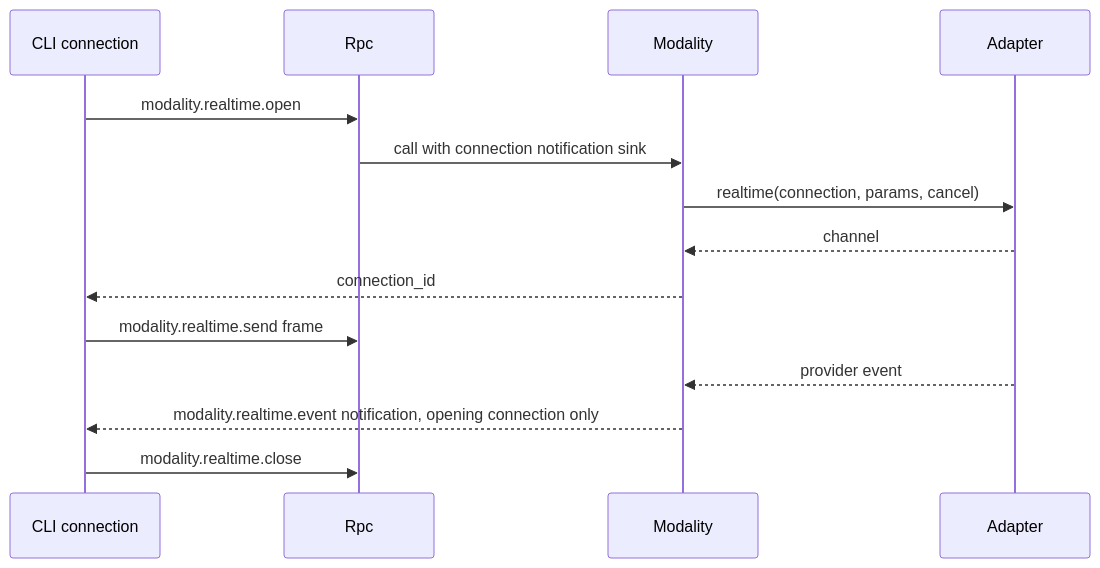
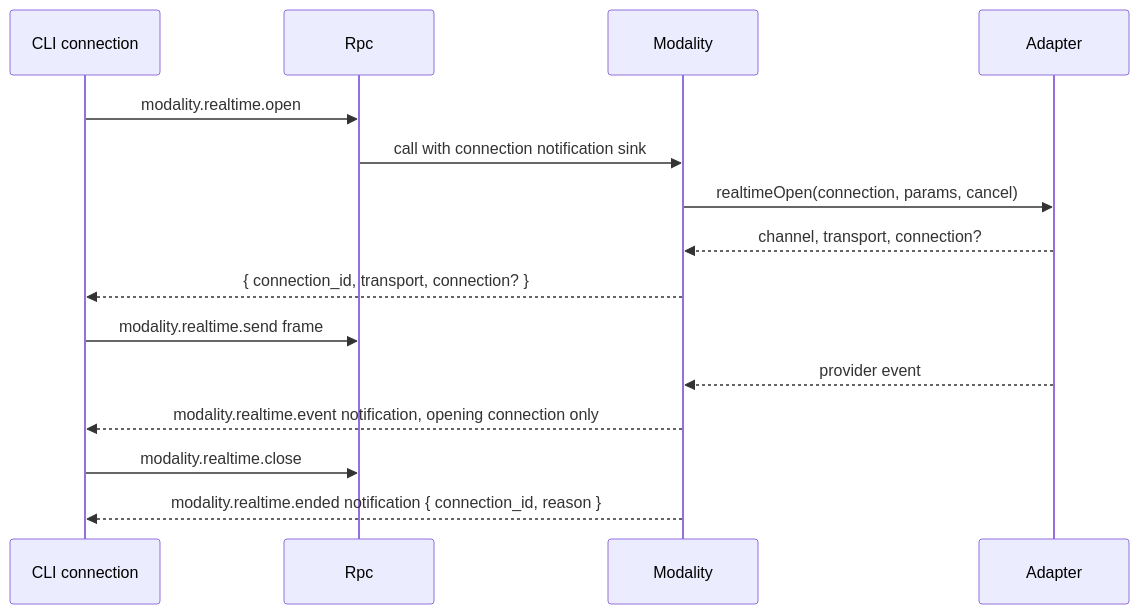
The fifth of 6 diagrams in docs/design/plugins/Modality.md (CoutinhoTTS/dim-agent), drawn with Mermaid before and after one commit. The commit also changed other lines of this file and 9 other files, not shown here.

First line of the commit message:
feat(modality): serve realtime sessions through connection-bound notifications

````diff
--- a/docs/design/plugins/Modality.md
+++ b/docs/design/plugins/Modality.md
@@ -142,16 +142,17 @@
 ```mermaid
 sequenceDiagram
   participant C as CLI connection
   participant R as Rpc
   participant D as Modality
   participant A as Adapter
   C->>R: modality.realtime.open
   R->>D: call with connection notification sink
-  D->>A: realtime(connection, params, cancel)
-  A-->>D: channel
-  D-->>C: connection_id
+  D->>A: realtimeOpen(connection, params, cancel)
+  A-->>D: channel, transport, connection?
+  D-->>C: { connection_id, transport, connection? }
   C->>R: modality.realtime.send frame
   A-->>D: provider event
   D-->>C: modality.realtime.event notification, opening connection only
   C->>R: modality.realtime.close
+  D-->>C: modality.realtime.ended notification { connection_id, reason }
 ```
````
